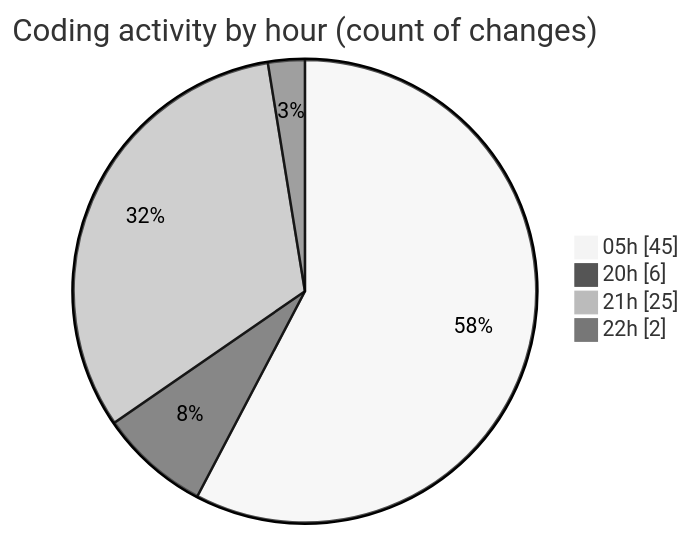
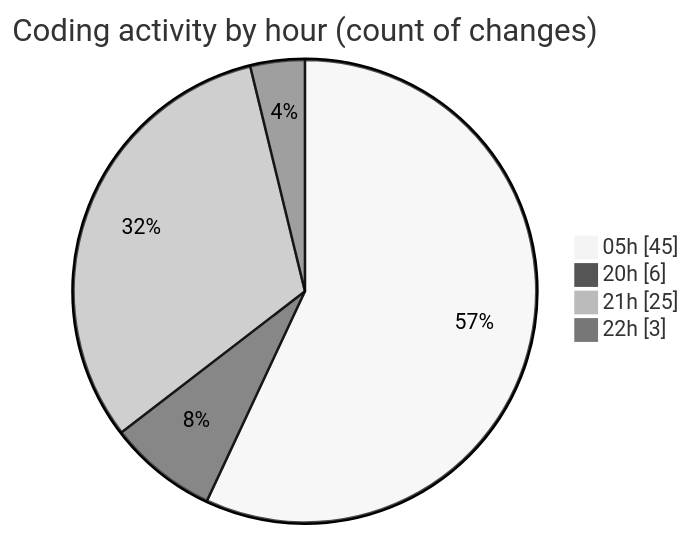
The second of 2 diagrams in 2025-08-05/napxuvn/README.md (lephambinh05/code-tracking), drawn with Mermaid (neutral theme) before and after one commit. The commit also changed other lines of this file and 1 other file, not shown here.

````diff
--- a/2025-08-05/napxuvn/README.md
+++ b/2025-08-05/napxuvn/README.md
@@ -72,8 +72,8 @@
 ```mermaid
 pie showData
 title Coding activity by hour (count of changes)
 "05h" : 45
 "20h" : 6
 "21h" : 25
-"22h" : 2
+"22h" : 3
 ```
````
